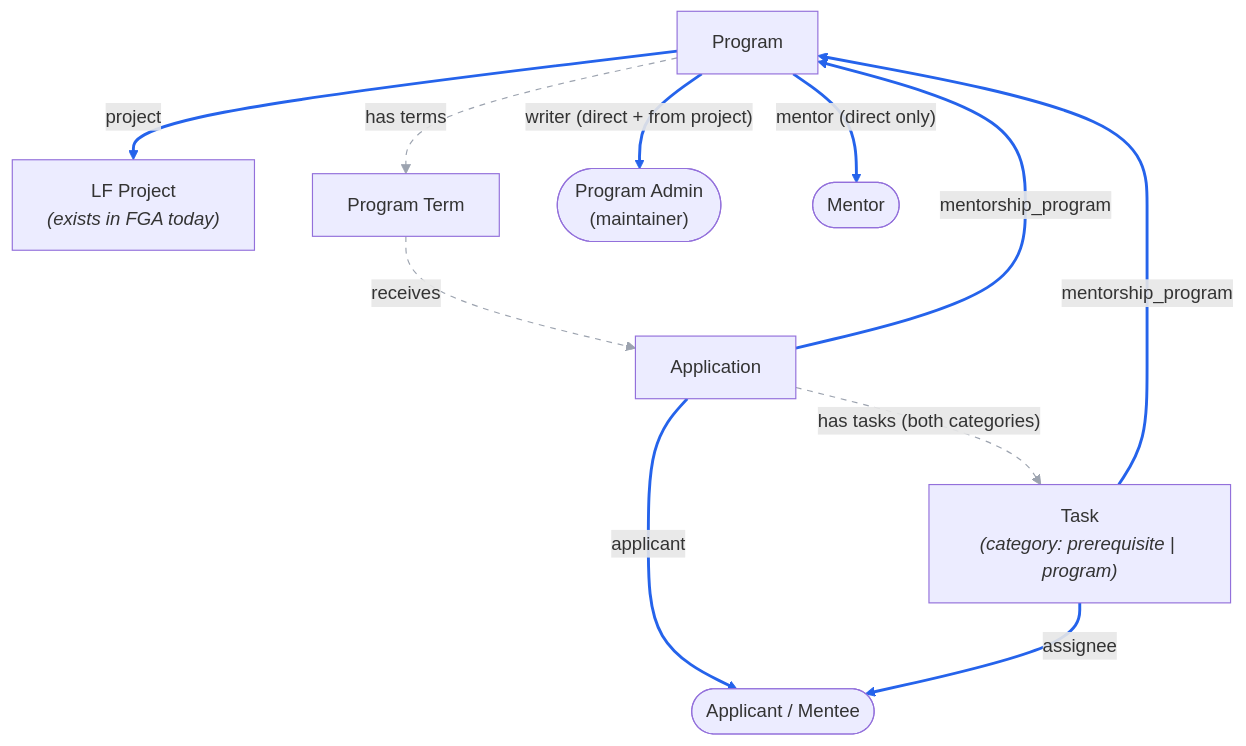
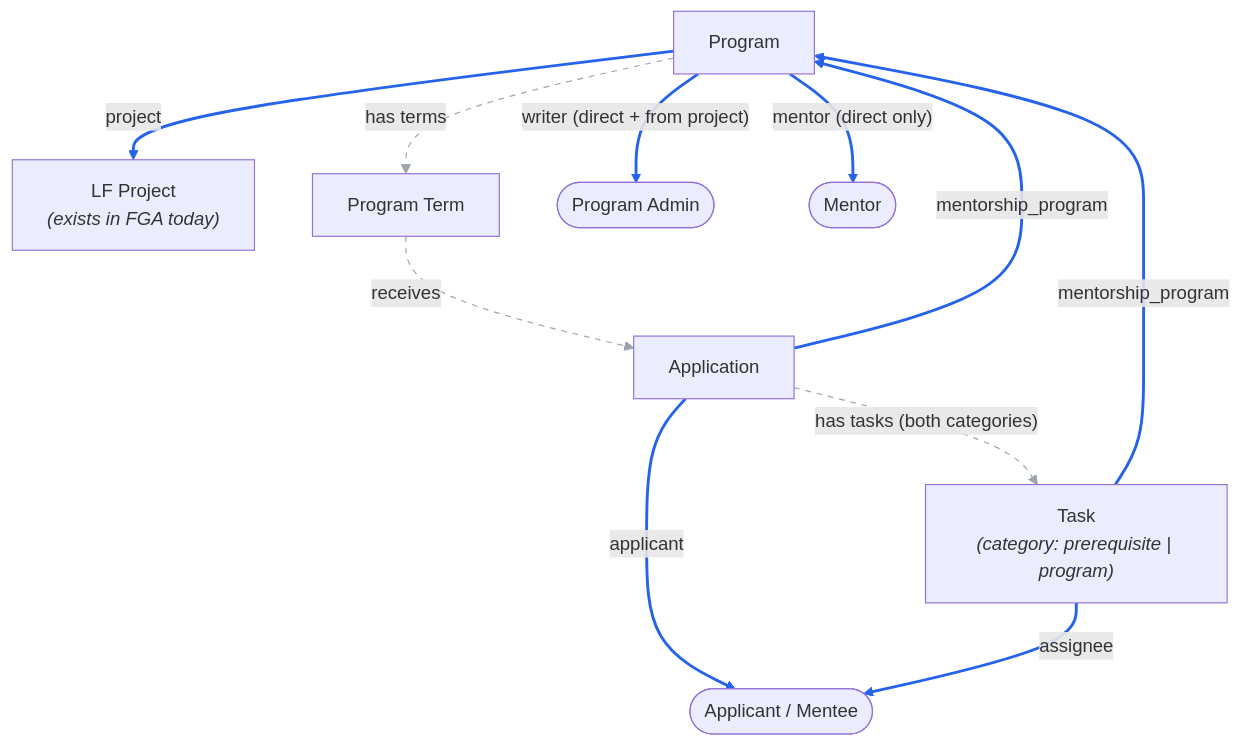
The diagram in docs/rewrite/04-authorization-model.md (linuxfoundation/lfx-mentorship), drawn with Mermaid before and after one commit. The commit also changed other lines of this file and 2 other files, not shown here.

````diff
--- a/docs/rewrite/04-authorization-model.md
+++ b/docs/rewrite/04-authorization-model.md
@@ -38,26 +38,26 @@
 ```mermaid
 flowchart TB
     PROJECT["LF Project<br/><i>(exists in FGA today)</i>"]
     PROGRAM["Program"]
     TERM["Program Term"]
     APP["Application"]
     TASK["Task<br/><i>(category: prerequisite | program)</i>"]
-    ADMIN(["Program Admin<br/>(maintainer)"])
+    ADMIN(["Program Admin"])
     MENTOR(["Mentor"])
     MENTEE(["Applicant / Mentee"])
 
     PROGRAM ==>|"project"| PROJECT
     PROGRAM ==>|"writer (direct + from project)"| ADMIN
     PROGRAM ==>|"mentor (direct only)"| MENTOR
     APP ==>|"mentorship_program"| PROGRAM
     APP ==>|"applicant"| MENTEE
     TASK ==>|"mentorship_program"| PROGRAM
     TASK ==>|"assignee"| MENTEE
 
     PROGRAM -.->|"has terms"| TERM
     TERM -.->|"receives"| APP
     APP -.->|"has tasks (both categories)"| TASK
 
     linkStyle 0,1,2,3,4,5,6 stroke:#2563eb,stroke-width:2.5px
     linkStyle 7,8,9 stroke:#9ca3af,stroke-dasharray:5 5
 ```
````
